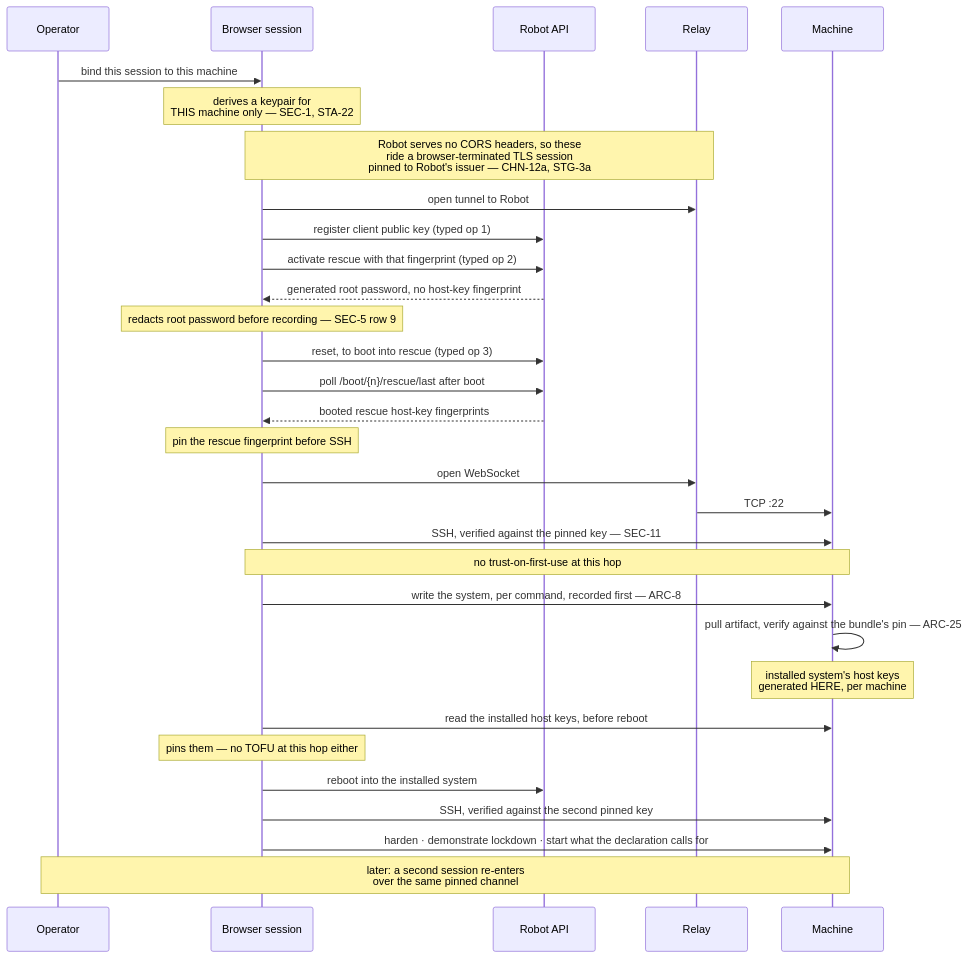
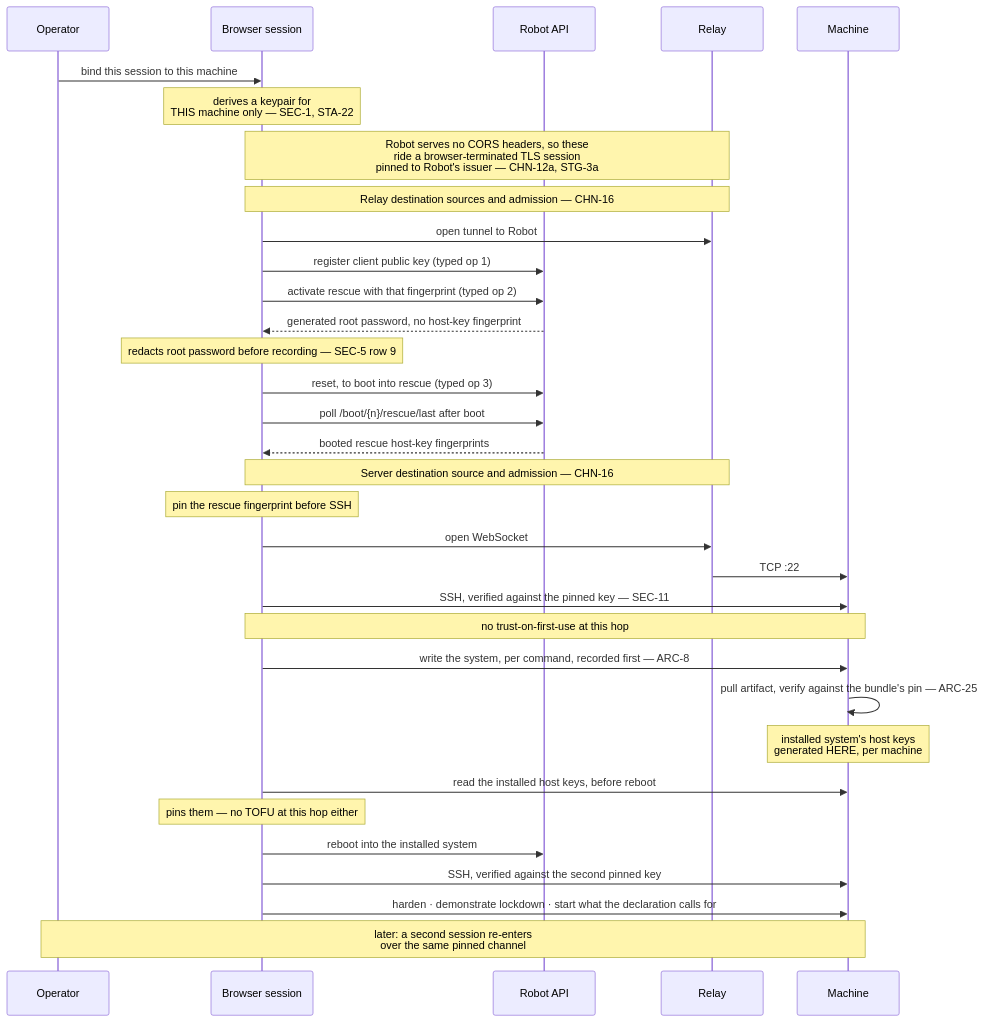
The diagram in 06-first-stage.md (douglaz/tau-web-spec), drawn with Mermaid before and after one commit. The commit also changed other lines of this file and 4 other files, not shown here.

````diff
--- a/06-first-stage.md
+++ b/06-first-stage.md
@@ -299,34 +299,36 @@
 ```mermaid
 sequenceDiagram
     participant OP as Operator
     participant B as Browser session
     participant RB as Robot API
     participant RL as Relay
     participant M as Machine
 
     OP->>B: bind this session to this machine
     Note over B: derives a keypair for<br/>THIS machine only — SEC-1, STA-22
     Note over B,RL: Robot serves no CORS headers, so these<br/>ride a browser-terminated TLS session<br/>pinned to Robot's issuer — CHN-12a, STG-3a
+    Note over B,RL: Relay destination sources and admission — CHN-16
     B->>RL: open tunnel to Robot
     B->>RB: register client public key (typed op 1)
     B->>RB: activate rescue with that fingerprint (typed op 2)
     RB-->>B: generated root password, no host-key fingerprint
     Note over B: redacts root password before recording — SEC-5 row 9
     B->>RB: reset, to boot into rescue (typed op 3)
     B->>RB: poll /boot/{n}/rescue/last after boot
     RB-->>B: booted rescue host-key fingerprints
+    Note over B,RL: Server destination source and admission — CHN-16
     Note over B: pin the rescue fingerprint before SSH
     B->>RL: open WebSocket
     RL->>M: TCP :22
     B->>M: SSH, verified against the pinned key — SEC-11
     Note over B,M: no trust-on-first-use at this hop
     B->>M: write the system, per command, recorded first — ARC-8
     M->>M: pull artifact, verify against the bundle's pin — ARC-25
     Note over M: installed system's host keys<br/>generated HERE, per machine
     B->>M: read the installed host keys, before reboot
     Note over B: pins them — no TOFU at this hop either
     B->>RB: reboot into the installed system
     B->>M: SSH, verified against the second pinned key
     B->>M: harden · demonstrate lockdown · start what the declaration calls for
     Note over OP,M: later: a second session re-enters<br/>over the same pinned channel
 ```
````
